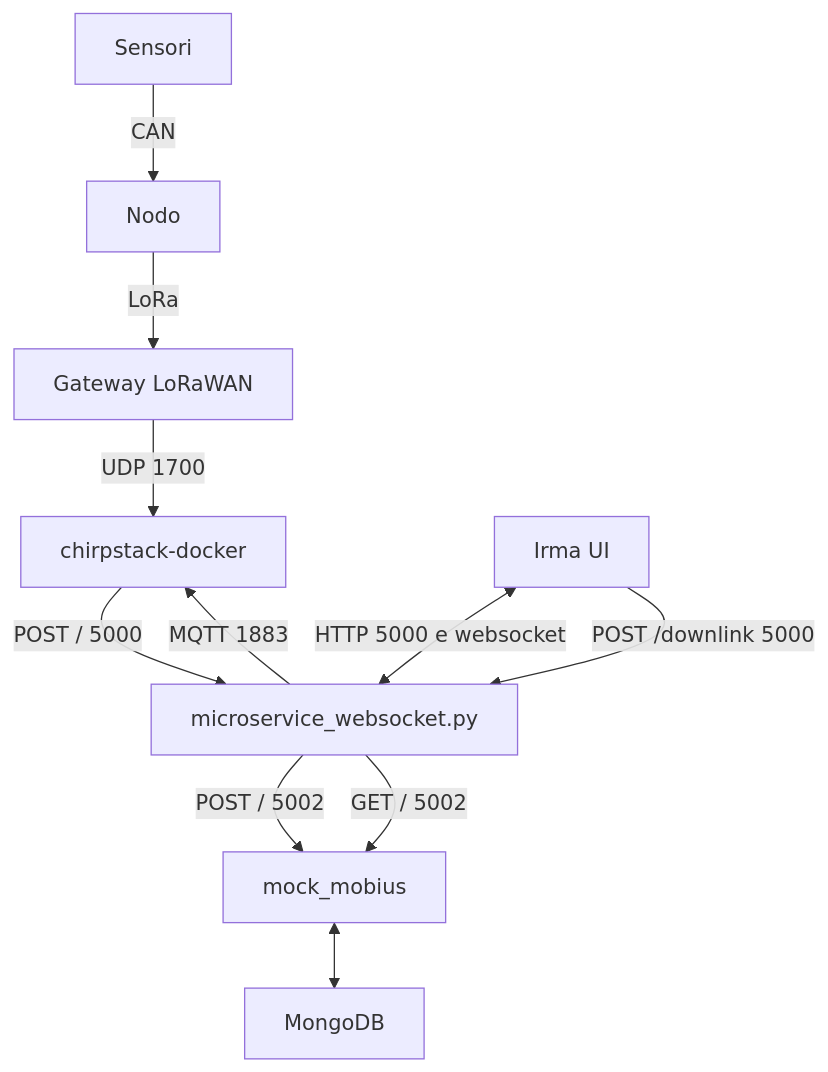
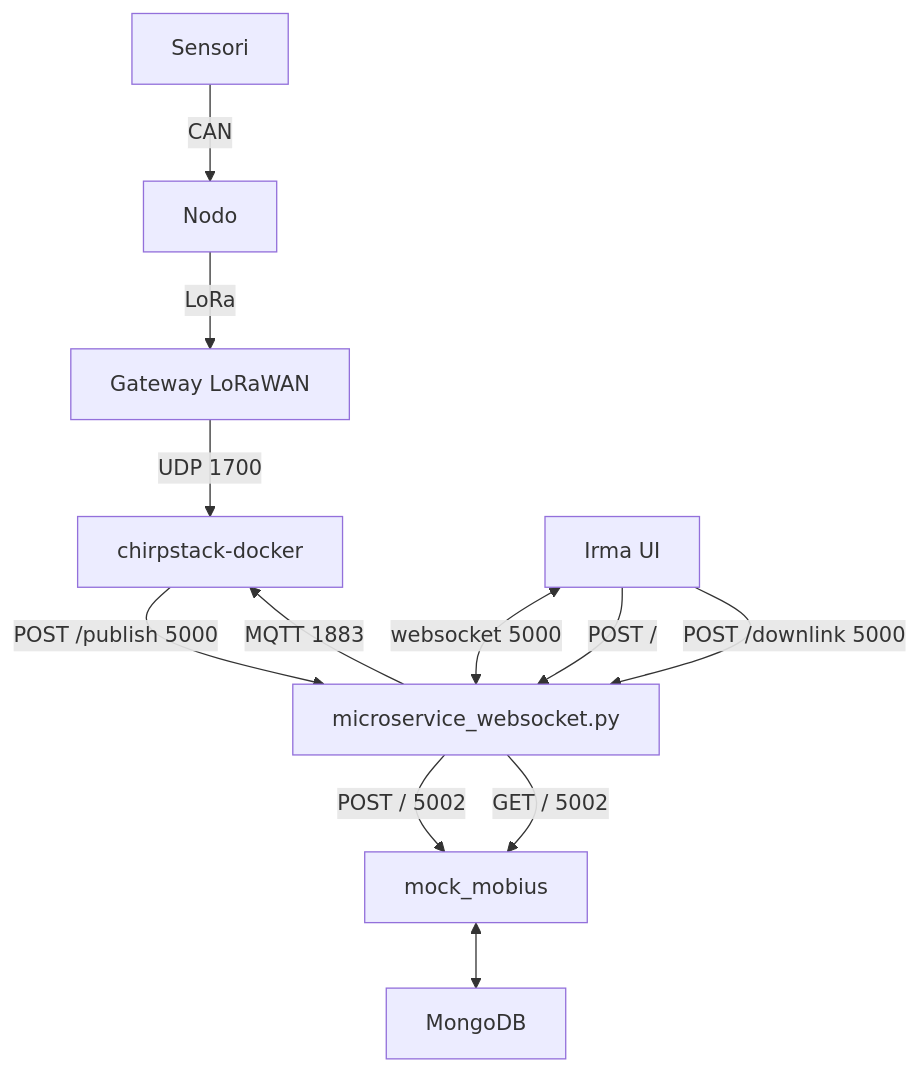
The first of 4 diagrams in README.md (monemasrl/irma), drawn with Mermaid before and after one commit. The commit also changed 1 other file, not shown here.

Commit message:
Edit request handling from irma-ui: now the dashboard needs to send a payload with the desired sensor_paths

````diff
--- a/README.md
+++ b/README.md
@@ -8,24 +8,25 @@
 ```mermaid
 graph TD;
 
 chirpstack[chirpstack-docker]
 msw[microservice_websocket.py]
 mm[mock_mobius]
 db[MongoDB]
 irma-ui[Irma UI]
 
 gateway[Gateway LoRaWAN]
 nodo[Nodo]
 sensori[Sensori]
 
-chirpstack -- POST / 5000 --> msw
+chirpstack -- POST /publish 5000 --> msw
 msw -- POST / 5002 --> mm
 msw -- GET / 5002 --> mm
 mm <--> db
-irma-ui <-- HTTP 5000 e websocket --> msw
+irma-ui <-- websocket 5000 --> msw
+irma-ui -- POST / --> msw
 irma-ui -- POST /downlink 5000 --> msw
 msw -- MQTT 1883 --> chirpstack
 gateway -- UDP 1700 --> chirpstack
 nodo -- LoRa --> gateway
 sensori -- CAN --> nodo
 ```
````
